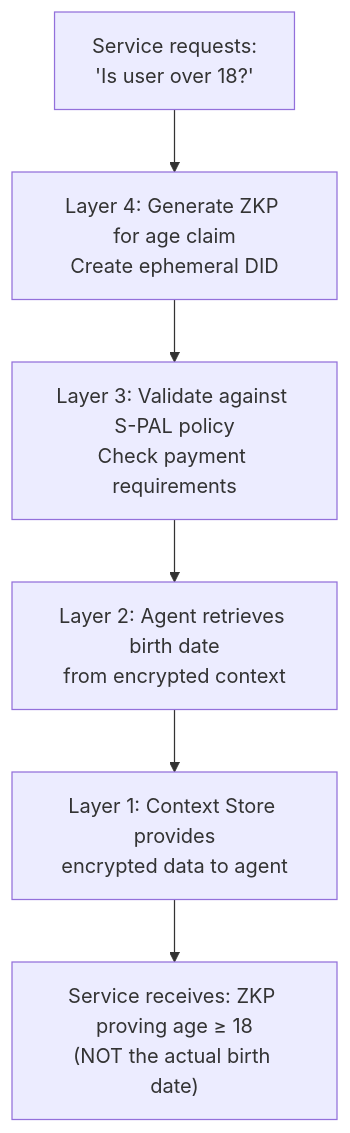
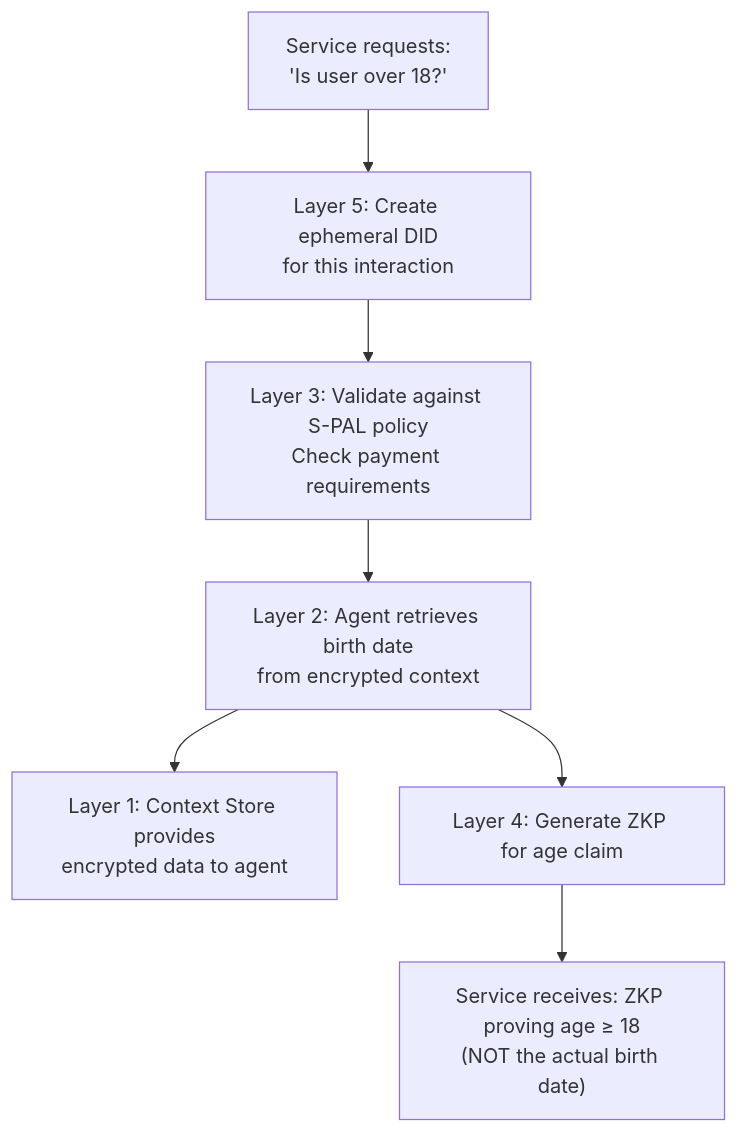
The second of 2 diagrams in spec/docs/architecture.md (freehold-earth/freehold), drawn with Mermaid before and after one commit. The commit also changed other lines of this file, not shown here.

First line of the commit message:
Describe the stack the code actually runs in the spec architecture overview

````diff
--- a/spec/docs/architecture.md
+++ b/spec/docs/architecture.md
@@ -84,11 +99,12 @@
 ```mermaid
 flowchart TB
     REQ["Service requests:<br/>'Is user over 18?'"]
 
-    REQ --> L4["Layer 4: Generate ZKP for age claim<br/>Create ephemeral DID"]
-    L4 --> L3["Layer 3: Validate against S-PAL policy<br/>Check payment requirements"]
+    REQ --> L5["Layer 5: Create ephemeral DID<br/>for this interaction"]
+    L5 --> L3["Layer 3: Validate against S-PAL policy<br/>Check payment requirements"]
     L3 --> L2["Layer 2: Agent retrieves birth date<br/>from encrypted context"]
     L2 --> L1["Layer 1: Context Store provides<br/>encrypted data to agent"]
+    L2 --> L4["Layer 4: Generate ZKP for age claim"]
 
-    L1 --> RES["Service receives: ZKP proving age ≥ 18<br/>(NOT the actual birth date)"]
+    L4 --> RES["Service receives: ZKP proving age ≥ 18<br/>(NOT the actual birth date)"]
 ```
````
